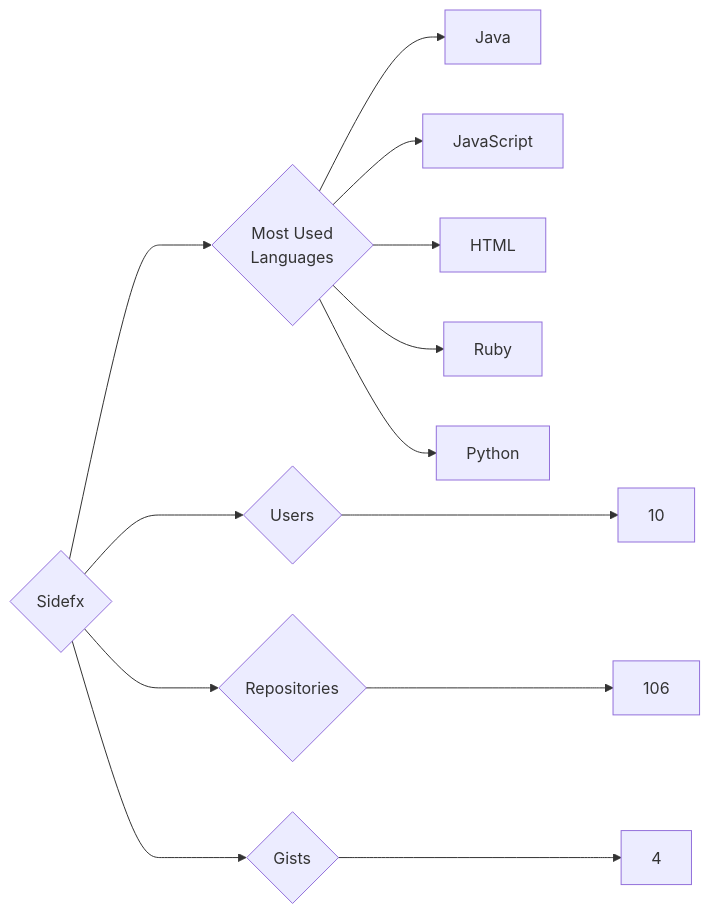
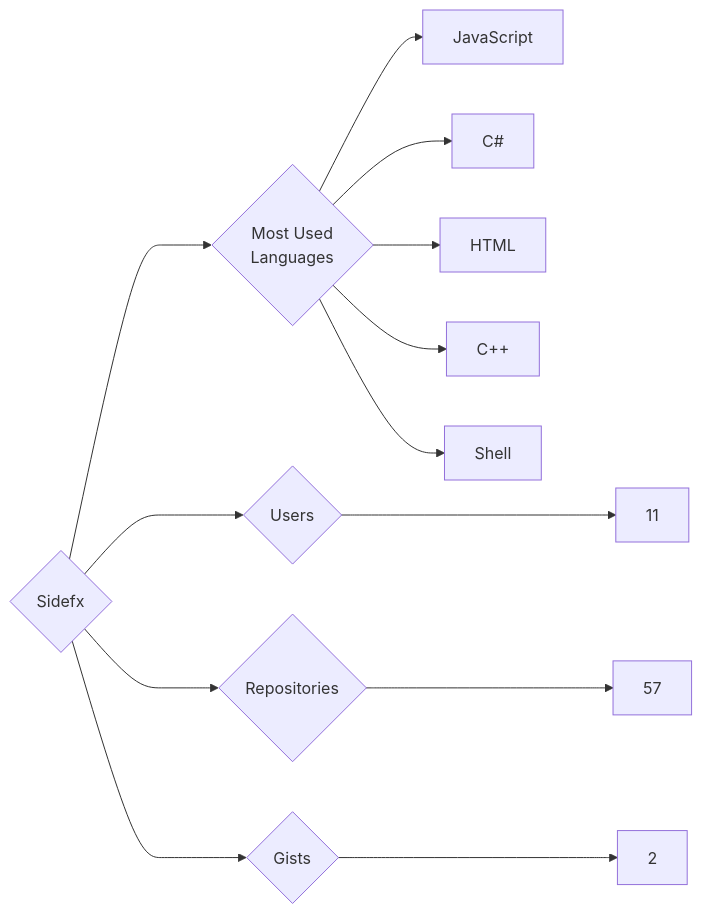
The diagram in targets/Sidefx/README.md (trickest/insiders), drawn with Mermaid before and after one commit. The commit also changed 1508 other files, not shown here.

````diff
--- a/targets/Sidefx/README.md
+++ b/targets/Sidefx/README.md
@@ -3,13 +3,13 @@
 ```mermaid
 graph LR
 COMPANY_NAME{Sidefx}
-COMPANY_NAME ---> U{Users} ---> UN[10]
-COMPANY_NAME ---> R{Repositories} ---> RN[106]
-COMPANY_NAME ---> G{Gists} ---> GN[4]
+COMPANY_NAME ---> U{Users} ---> UN[11]
+COMPANY_NAME ---> R{Repositories} ---> RN[57]
+COMPANY_NAME ---> G{Gists} ---> GN[2]
 COMPANY_NAME ---> ML{Most Used<br>Languages}
-ML --> Java[Java]
 ML --> JavaScript[JavaScript]
+ML --> C#[C#]
 ML --> HTML[HTML]
-ML --> Ruby[Ruby]
-ML --> Python[Python]
+ML --> C++[C++]
+ML --> Shell[Shell]
 ```
````
